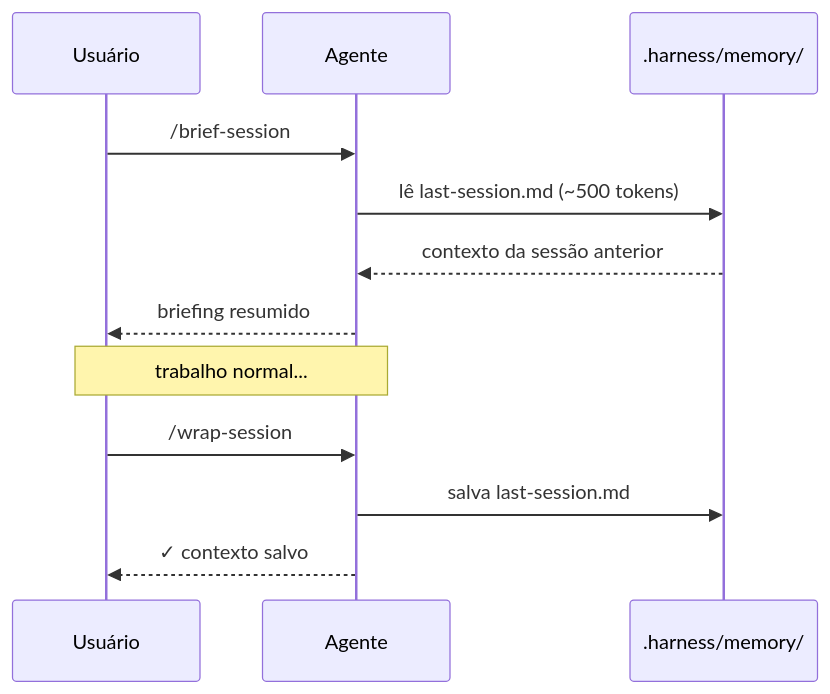
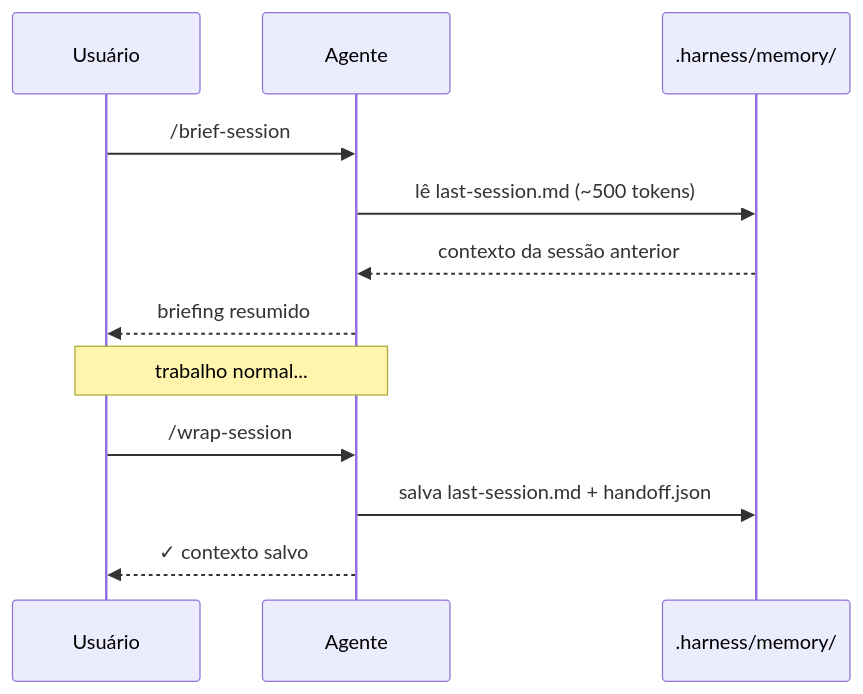
The third of 3 diagrams in README.md (JRoberto1/harness-template), drawn with Mermaid before and after one commit. The commit also changed other lines of this file and 6 other files, not shown here.

````diff
--- a/README.md
+++ b/README.md
@@ -239,17 +139,15 @@
 ```mermaid
 sequenceDiagram
     participant U as Usuário
     participant A as Agente
     participant M as .harness/memory/
 
     U->>A: /brief-session
     A->>M: lê last-session.md (~500 tokens)
     M-->>A: contexto da sessão anterior
     A-->>U: briefing resumido
-
     Note over U,A: trabalho normal...
-
     U->>A: /wrap-session
-    A->>M: salva last-session.md
+    A->>M: salva last-session.md + handoff.json
     A-->>U: ✓ contexto salvo
 ```
````
